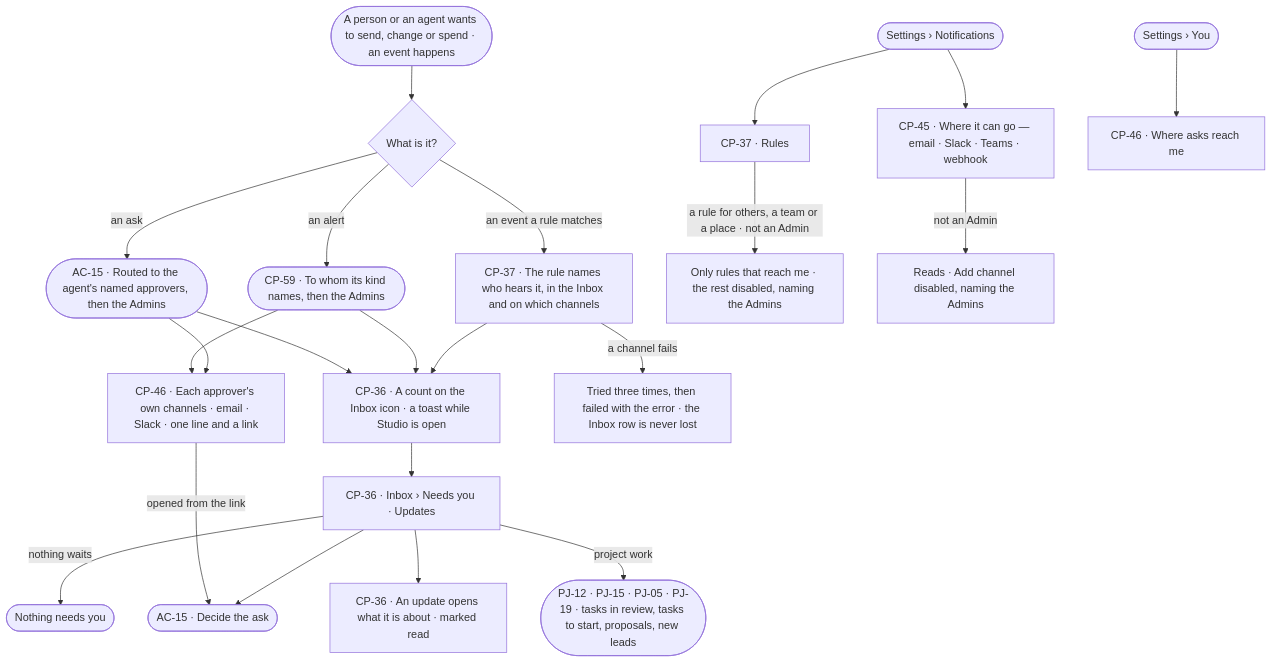
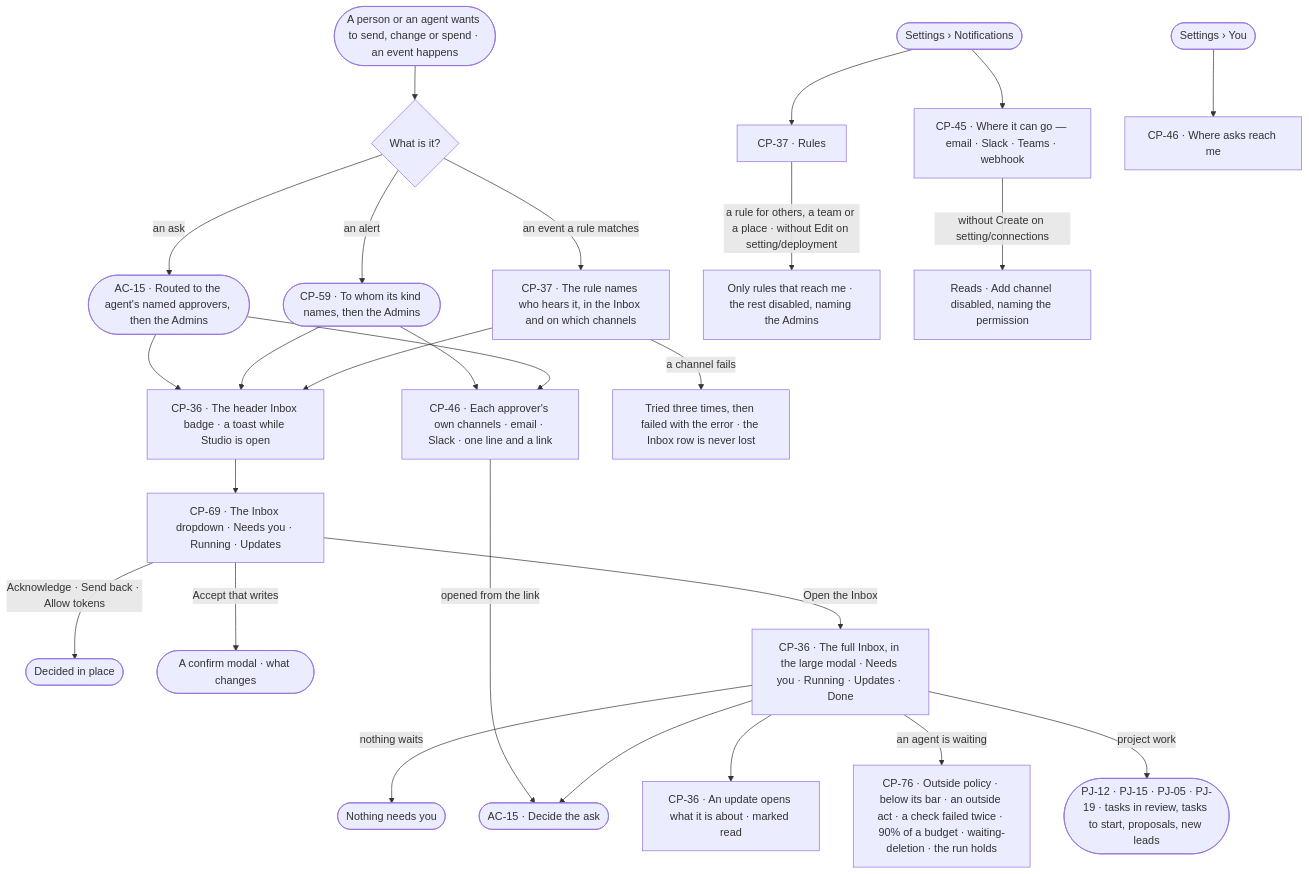
The diagram in specs/os/control/features/CP-F08-the-inbox/feature.md (invana/invana), drawn with Mermaid before and after one commit. The commit also changed other lines of this file and 456 other files, not shown here.

````diff
--- a/specs/os/control/features/CP-F08-the-inbox/feature.md
+++ b/specs/os/control/features/CP-F08-the-inbox/feature.md
@@ -24,24 +26,28 @@
 ```mermaid
 flowchart TD
   ev([A person or an agent wants to send, change or spend · an event happens]) --> kind{"What is it?"}
   kind -->|an ask| route(["AC-15 · Routed to the agent's named approvers, then the Admins"])
-  route --> cnt["CP-36 · A count on the Inbox icon · a toast while Studio is open"]
+  route --> cnt["CP-36 · The header Inbox badge · a toast while Studio is open"]
   kind -->|an alert| oa(["CP-59 · To whom its kind names, then the Admins"])
   oa --> cnt
   oa --> mine
   kind -->|an event a rule matches| rule["CP-37 · The rule names who hears it, in the Inbox and on which channels"]
   rule --> cnt
   route --> mine["CP-46 · Each approver's own channels · email · Slack · one line and a link"]
   mine -->|opened from the link| ask
   rule -->|a channel fails| retry["Tried three times, then failed with the error · the Inbox row is never lost"]
-  cnt --> inbox["CP-36 · Inbox › Needs you · Updates"]
+  cnt --> dd["CP-69 · The Inbox dropdown · Needs you · Running · Updates"]
+  dd -->|Acknowledge · Send back · Allow tokens| inplace(["Decided in place"])
+  dd -->|Accept that writes| conf(["A confirm modal · what changes"])
+  dd -->|Open the Inbox| inbox["CP-36 · The full Inbox, in the large modal · Needs you · Running · Updates · Done"]
   inbox -->|nothing waits| calm(["Nothing needs you"])
   inbox --> ask(["AC-15 · Decide the ask"])
   inbox --> upd["CP-36 · An update opens what it is about · marked read"]
+  inbox -->|an agent is waiting| aw["CP-76 · Outside policy · below its bar · an outside act · a check failed twice · 90% of a budget · waiting-deletion · the run holds"]
   inbox -->|project work| pj(["PJ-12 · PJ-15 · PJ-05 · PJ-19 · tasks in review, tasks to start, proposals, new leads"])
   set([Settings › Notifications]) --> r5["CP-37 · Rules"]
-  r5 -->|a rule for others, a team or a place · not an Admin| r5ro["Only rules that reach me · the rest disabled, naming the Admins"]
+  r5 -->|a rule for others, a team or a place · without Edit on setting/deployment| r5ro["Only rules that reach me · the rest disabled, naming the Admins"]
   set --> chs["CP-45 · Where it can go — email · Slack · Teams · webhook"]
-  chs -->|not an Admin| chro["Reads · Add channel disabled, naming the Admins"]
+  chs -->|without Create on setting/connections| chro["Reads · Add channel disabled, naming the permission"]
   me([Settings › You]) --> pref["CP-46 · Where asks reach me"]
 ```
````
